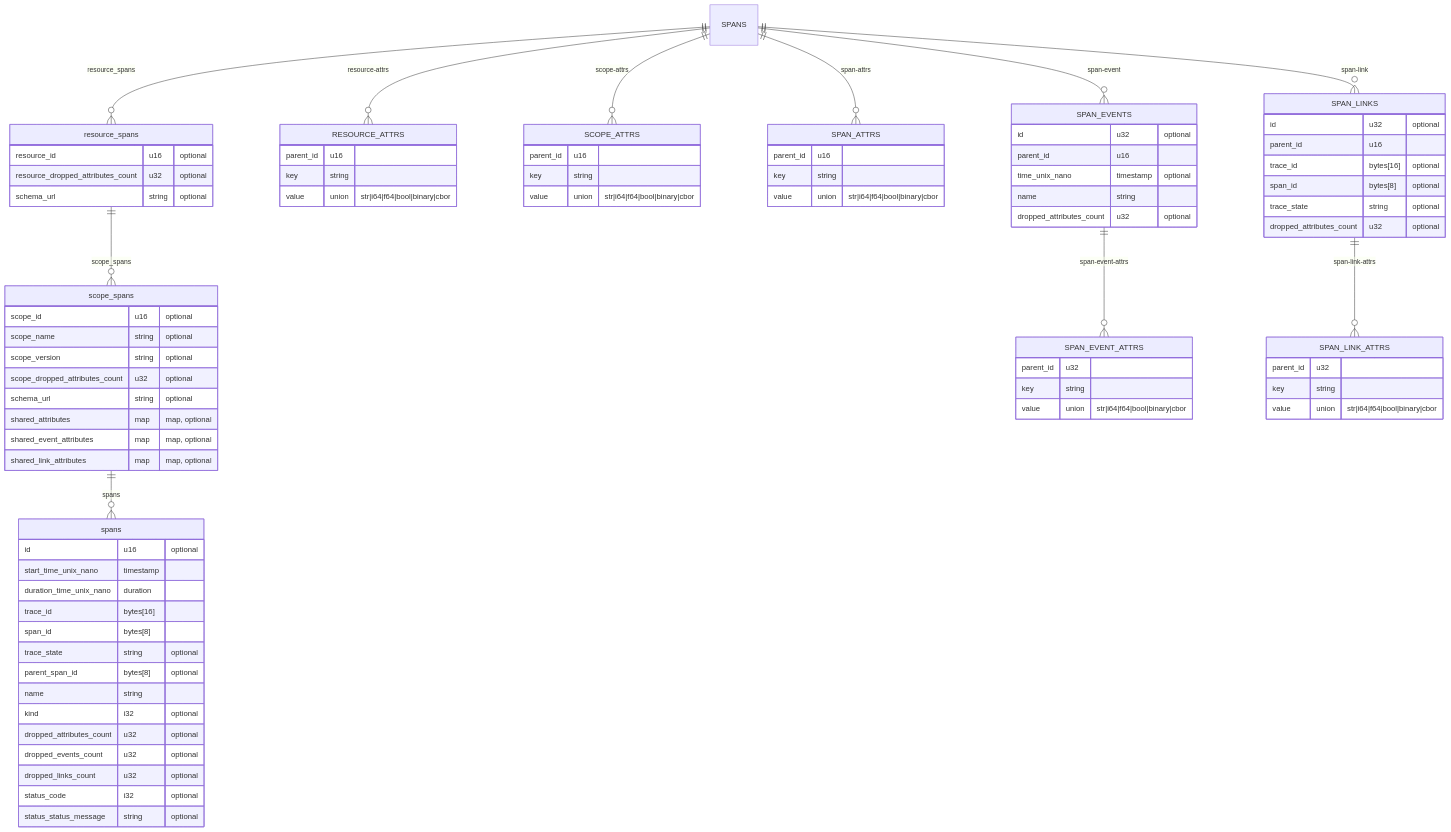
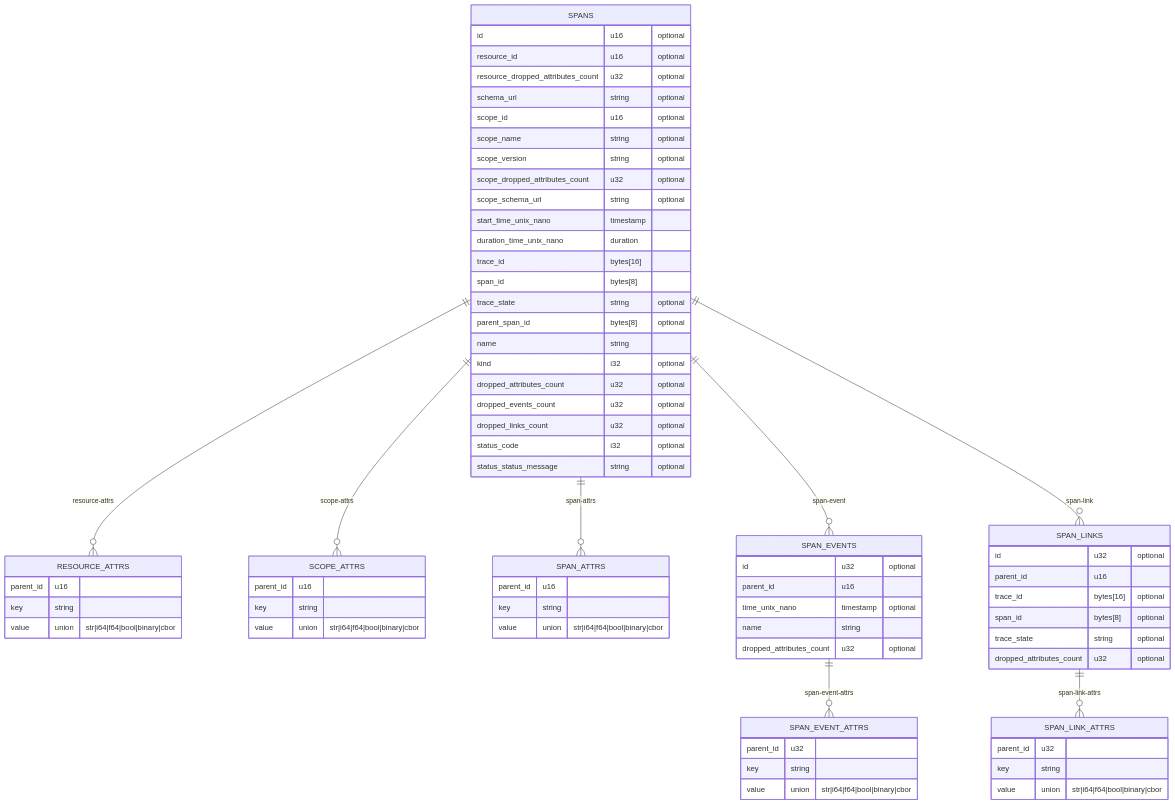
One commit to f5/otel-arrow-adapter changed the third of 3 diagrams in docs/data_model.md. Above: the diagram before and after it, drawn with Mermaid. The commit also changed other lines of this file and 23 other files, not shown here.

````diff
--- a/docs/data_model.md
+++ b/docs/data_model.md
@@ -271,8 +271,5 @@
 ```mermaid
 erDiagram
-    SPANS ||--o{ resource_spans : resource_spans
-    resource_spans ||--o{ scope_spans : scope_spans
-    scope_spans ||--o{ spans : spans
     SPANS ||--o{ RESOURCE_ATTRS : resource-attrs
     SPANS ||--o{ SCOPE_ATTRS : scope-attrs
     SPANS ||--o{ SPAN_ATTRS : span-attrs
@@ -280,59 +277,58 @@
     SPANS ||--o{ SPAN_LINKS : span-link
     SPAN_EVENTS ||--o{ SPAN_EVENT_ATTRS : span-event-attrs
     SPAN_LINKS ||--o{ SPAN_LINK_ATTRS : span-link-attrs
+    SCOPE_ATTRS{
+        parent_id u16
+        key string
+        value union "str|i64|f64|bool|binary|cbor"
+    }
+    SPAN_ATTRS{
+        parent_id u16
+        key string
+        value union "str|i64|f64|bool|binary|cbor"
+    }
     SPAN_EVENTS{
         id u32 "optional"
-        parent_id u16 
+        parent_id u16
         time_unix_nano timestamp "optional"
-        name string 
+        name string
         dropped_attributes_count u32 "optional"
     }
-    SPAN_LINK_ATTRS{
-        parent_id u32 
-        key string 
+    SPAN_LINKS{
+        id u32 "optional"
+        parent_id u16
+        trace_id bytes[16] "optional"
+        span_id bytes[8] "optional"
+        trace_state string "optional"
+        dropped_attributes_count u32 "optional"
+    }
+    SPAN_EVENT_ATTRS{
+        parent_id u32
+        key string
         value union "str|i64|f64|bool|binary|cbor"
     }
-    resource_spans{
+    SPAN_LINK_ATTRS{
+        parent_id u32
+        key string
+        value union "str|i64|f64|bool|binary|cbor"
+    }
+    SPANS{
+        id u16 "optional"
         resource_id u16 "optional"
         resource_dropped_attributes_count u32 "optional"
         schema_url string "optional"
-    }
-    scope_spans{
         scope_id u16 "optional"
         scope_name string "optional"
         scope_version string "optional"
         scope_dropped_attributes_count u32 "optional"
-        schema_url string "optional"
-        shared_attributes map "map<utf8, sparse_union>, optional"
-        shared_event_attributes map "map<utf8, sparse_union>, optional"
-        shared_link_attributes map "map<utf8, sparse_union>, optional"
-    }
-    RESOURCE_ATTRS{
-        parent_id u16 
-        key string 
-        value union "str|i64|f64|bool|binary|cbor"
-    }
-    SCOPE_ATTRS{
-        parent_id u16 
-        key string 
-        value union "str|i64|f64|bool|binary|cbor"
-    }
-    SPAN_EVENT_ATTRS{
-        parent_id u32 
-        key string 
-        value union "str|i64|f64|bool|binary|cbor"
-    }
-    SPANS{
-    }
-    spans{
-        id u16 "optional"
-        start_time_unix_nano timestamp 
-        duration_time_unix_nano duration 
-        trace_id bytes[16] 
-        span_id bytes[8] 
+        scope_schema_url string "optional"
+        start_time_unix_nano timestamp
+        duration_time_unix_nano duration
+        trace_id bytes[16]
+        span_id bytes[8]
         trace_state string "optional"
         parent_span_id bytes[8] "optional"
-        name string 
+        name string
         kind i32 "optional"
         dropped_attributes_count u32 "optional"
         dropped_events_count u32 "optional"
@@ -340,17 +336,9 @@
         status_code i32 "optional"
         status_status_message string "optional"
     }
-    SPAN_ATTRS{
-        parent_id u16 
-        key string 
+    RESOURCE_ATTRS{
+        parent_id u16
+        key string
         value union "str|i64|f64|bool|binary|cbor"
     }
-    SPAN_LINKS{
-        id u32 "optional"
-        parent_id u16 
-        trace_id bytes[16] "optional"
-        span_id bytes[8] "optional"
-        trace_state string "optional"
-        dropped_attributes_count u32 "optional"
-    }
 ```
````
